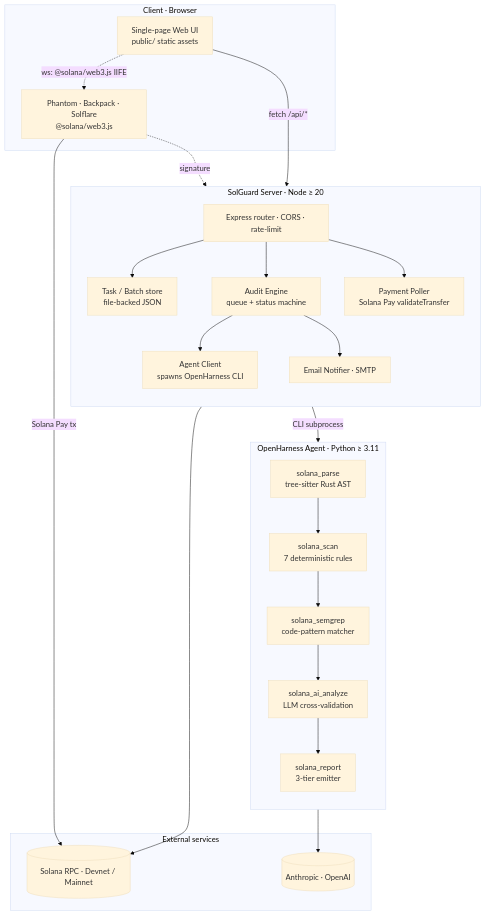
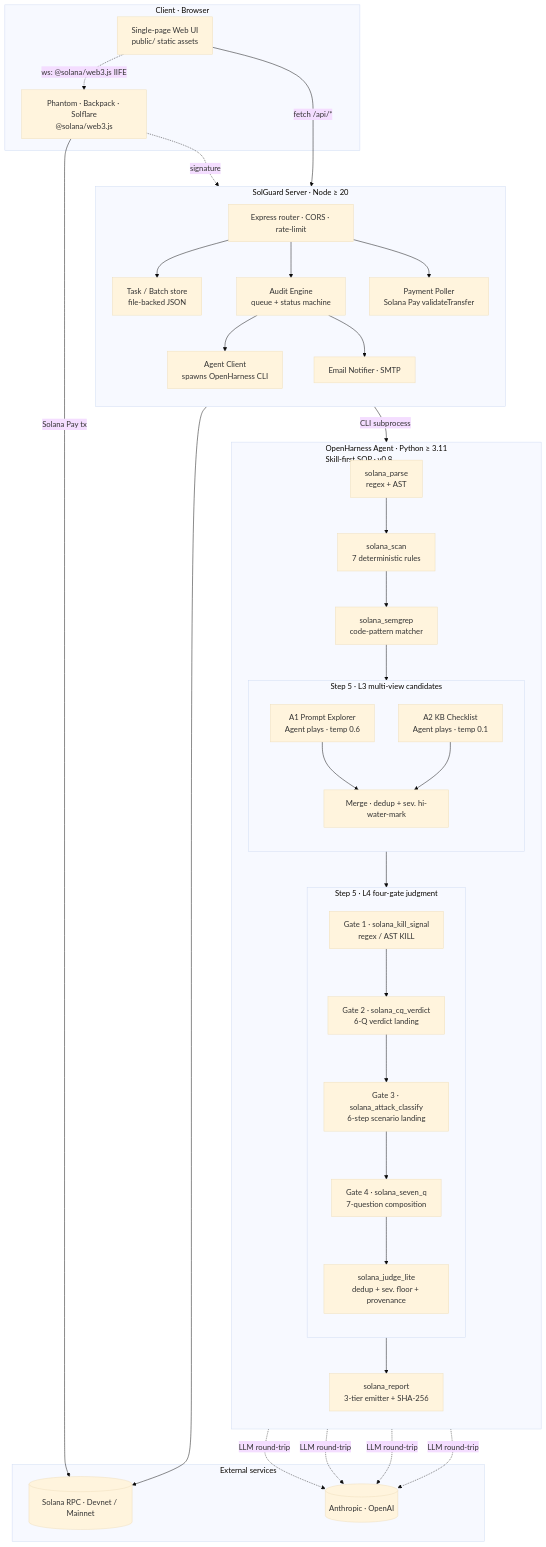
One commit to Keybird0/SolGuard changed the first of 2 diagrams in docs/ARCHITECTURE.md. Above: the diagram before and after it, drawn with Mermaid (base theme). The commit also changed other lines of this file and 25 other files, not shown here.

First line of the commit message:
refactor(skill): skill-first L3/L4 judgment · v0.8

````diff
--- a/docs/ARCHITECTURE.md
+++ b/docs/ARCHITECTURE.md
@@ -7,45 +7,64 @@
 ```mermaid
 flowchart TB
     subgraph Client[Client · Browser]
         UI[Single-page Web UI<br/>public/ static assets]
         Wallet[Phantom · Backpack · Solflare<br/>@solana/web3.js]
     end
 
     subgraph Server[SolGuard Server · Node ≥ 20]
         direction TB
         Express[Express router · CORS · rate-limit]
         Store[Task / Batch store<br/>file-backed JSON]
         Engine[Audit Engine<br/>queue + status machine]
         Agent[Agent Client<br/>spawns OpenHarness CLI]
         Payment[Payment Poller<br/>Solana Pay validateTransfer]
         Email[Email Notifier · SMTP]
     end
 
-    subgraph Skill[OpenHarness Agent · Python ≥ 3.11]
+    subgraph Skill[OpenHarness Agent · Python ≥ 3.11<br/>Skill-first SOP · v0.8]
         direction TB
-        Parse[solana_parse<br/>tree-sitter Rust AST]
+        Parse[solana_parse<br/>regex + AST]
         Scan[solana_scan<br/>7 deterministic rules]
         Semgrep[solana_semgrep<br/>code-pattern matcher]
-        AI[solana_ai_analyze<br/>LLM cross-validation]
-        Report[solana_report<br/>3-tier emitter]
+        subgraph L3[Step 5 · L3 multi-view candidates]
+          direction TB
+          A1[A1 Prompt Explorer<br/>Agent plays · temp 0.6]
+          A2[A2 KB Checklist<br/>Agent plays · temp 0.1]
+          Merge[Merge · dedup + sev. hi-water-mark]
+          A1 --> Merge
+          A2 --> Merge
+        end
+        subgraph L4[Step 5 · L4 four-gate judgment]
+          direction TB
+          G1[Gate 1 · solana_kill_signal<br/>regex / AST KILL]
+          G2[Gate 2 · solana_cq_verdict<br/>6-Q verdict landing]
+          G3[Gate 3 · solana_attack_classify<br/>6-step scenario landing]
+          G4[Gate 4 · solana_seven_q<br/>7-question composition]
+          JL[solana_judge_lite<br/>dedup + sev. floor + provenance]
+          G1 --> G2 --> G3 --> G4 --> JL
+        end
+        Report[solana_report<br/>3-tier emitter + SHA-256]
     end
 
     subgraph External[External services]
         Solana[(Solana RPC · Devnet / Mainnet)]
         LLM[(Anthropic · OpenAI)]
     end
 
     UI -->|fetch /api/*| Express
     Express --> Store
     Express --> Engine
     Engine --> Agent
     Agent -->|CLI subprocess| Skill
-    Parse --> Scan --> Semgrep --> AI --> Report
-    AI --> LLM
+    Parse --> Scan --> Semgrep --> L3 --> L4 --> Report
+    A1 -. LLM round-trip .-> LLM
+    A2 -. LLM round-trip .-> LLM
+    G2 -. LLM round-trip .-> LLM
+    G3 -. LLM round-trip .-> LLM
     Engine --> Email
     Express --> Payment
     Payment --> Solana
     Wallet -->|Solana Pay tx| Solana
     UI -.->|ws: @solana/web3.js IIFE| Wallet
     Wallet -.->|signature| Express
 ```
````
